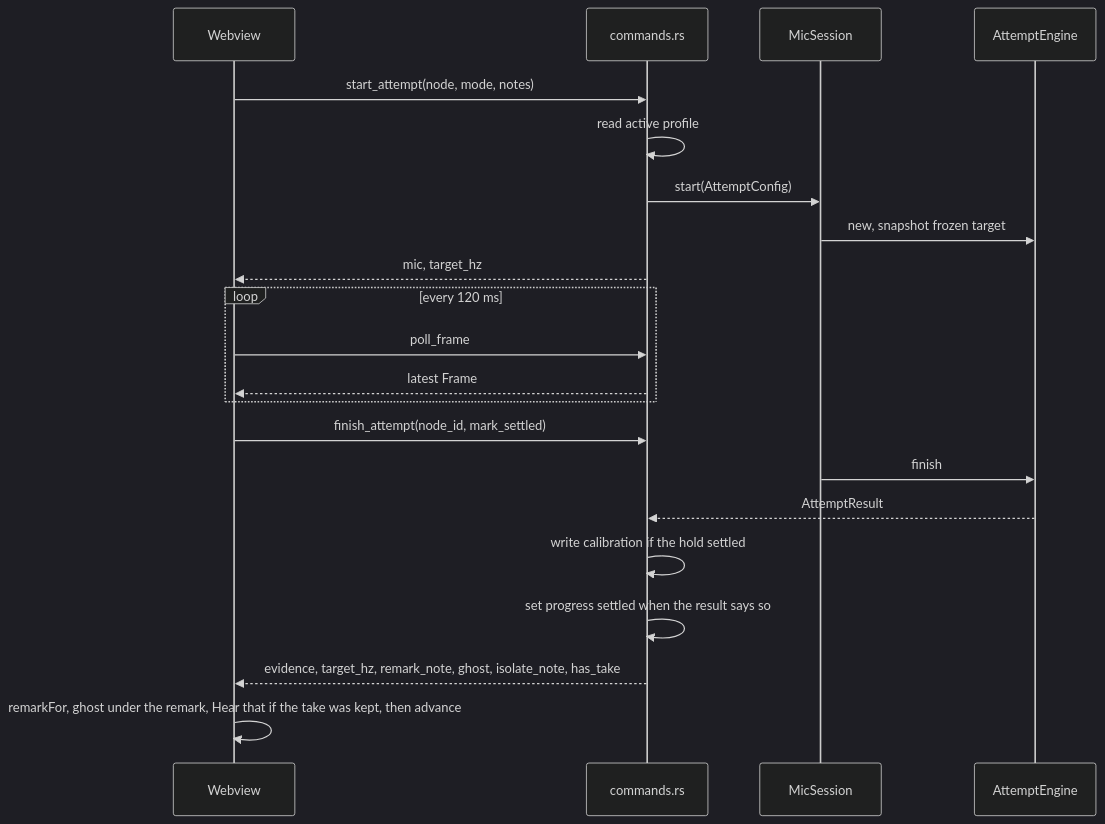
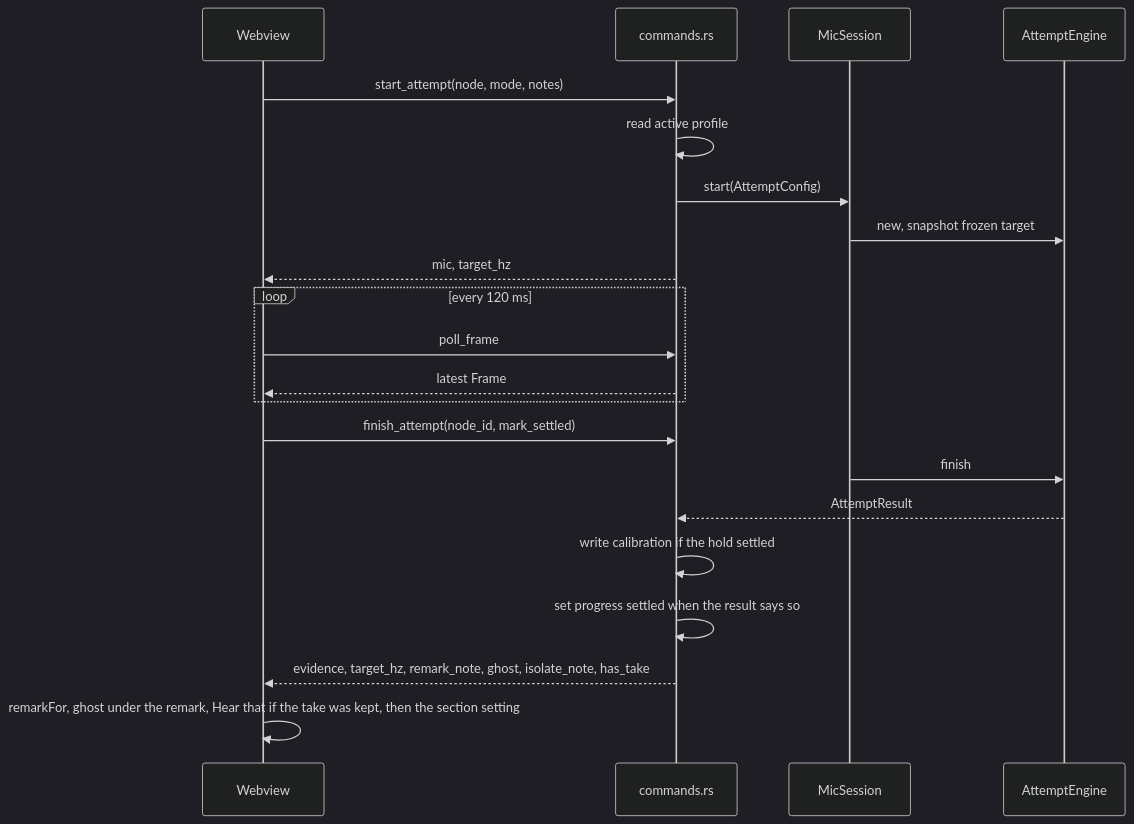
Before and after one commit to glen-w/lowDee: the fifth of 7 diagrams in ARCHITECTURE.md, drawn with Mermaid (dark theme). The commit also changed other lines of this file and 51 other files, not shown here.

````diff
--- a/ARCHITECTURE.md
+++ b/ARCHITECTURE.md
@@ -222,24 +228,24 @@
 ```mermaid
 sequenceDiagram
   participant UI as Webview
   participant Cmd as commands.rs
   participant Mic as MicSession
   participant Eng as AttemptEngine
 
   UI->>Cmd: start_attempt(node, mode, notes)
   Cmd->>Cmd: read active profile
   Cmd->>Mic: start(AttemptConfig)
   Mic->>Eng: new, snapshot frozen target
   Cmd-->>UI: mic, target_hz
   loop every 120 ms
     UI->>Cmd: poll_frame
     Cmd-->>UI: latest Frame
   end
   UI->>Cmd: finish_attempt(node_id, mark_settled)
   Mic->>Eng: finish
   Eng-->>Cmd: AttemptResult
   Cmd->>Cmd: write calibration if the hold settled
   Cmd->>Cmd: set progress settled when the result says so
   Cmd-->>UI: evidence, target_hz, remark_note, ghost, isolate_note, has_take
-  UI->>UI: remarkFor, ghost under the remark, Hear that if the take was kept, then advance
+  UI->>UI: remarkFor, ghost under the remark, Hear that if the take was kept, then the section setting
 ```
````
